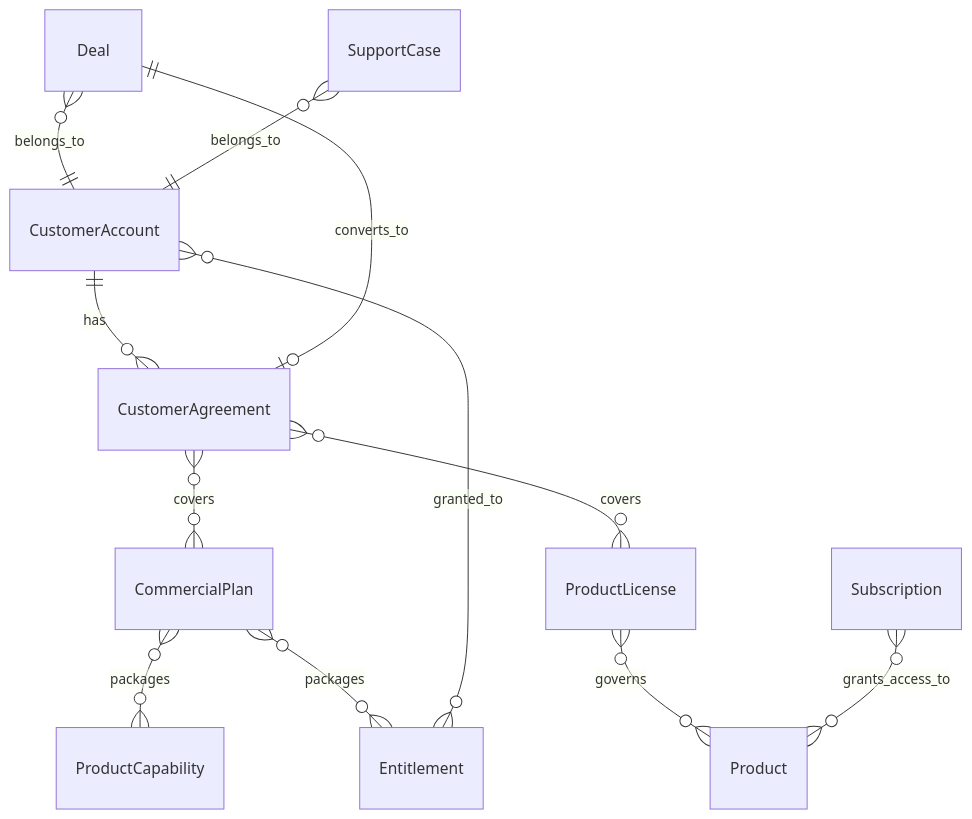
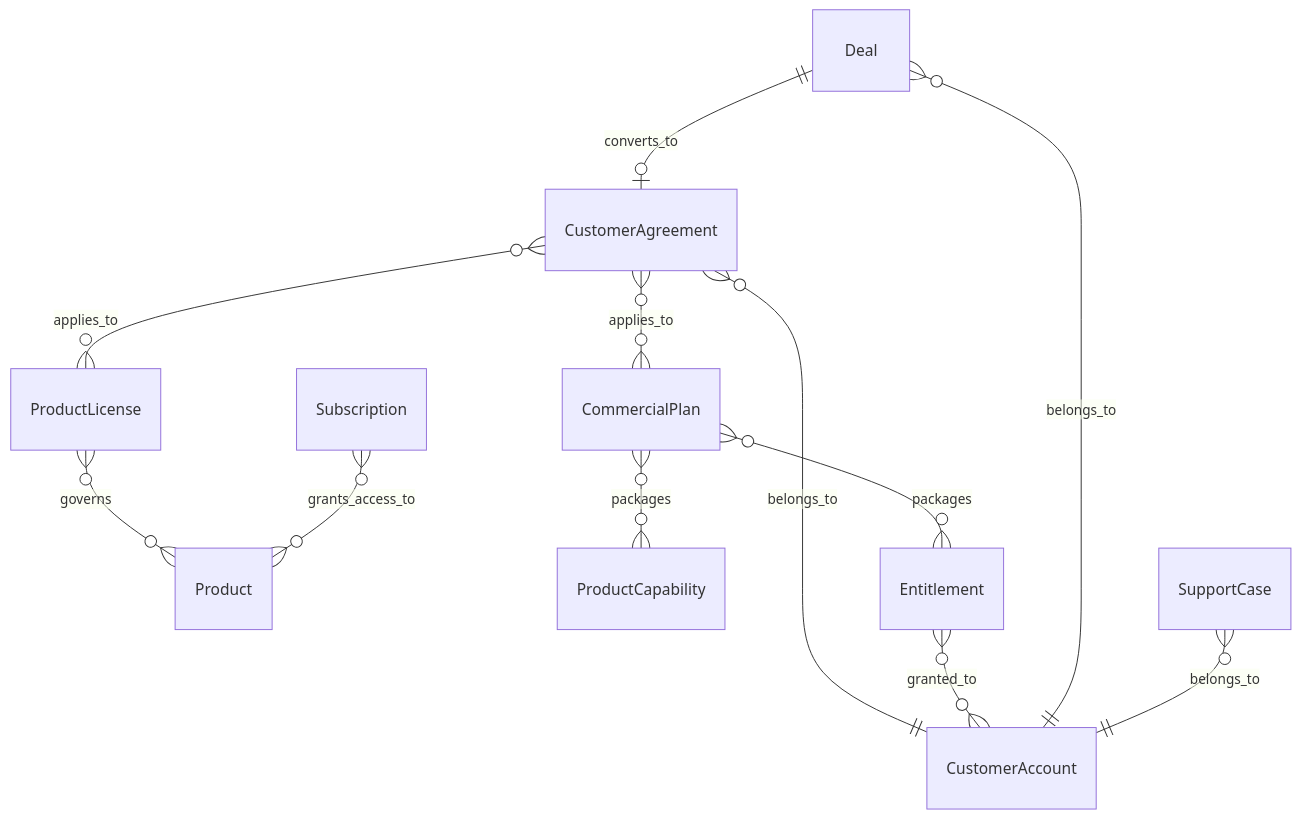
One commit to maxvydrin/vision changed the sixth of 12 diagrams in SOFTWARE_ORGANIZATION_DOMAIN_MODEL.md. Above: the diagram before and after it, drawn with Mermaid. The commit also changed other lines of this file and 3 other files, not shown here.

````diff
--- a/SOFTWARE_ORGANIZATION_DOMAIN_MODEL.md
+++ b/SOFTWARE_ORGANIZATION_DOMAIN_MODEL.md
@@ -375,14 +408,14 @@
 ```mermaid
 erDiagram
-    CustomerAccount ||--o{ CustomerAgreement : "has"
-    CustomerAgreement }o--o{ CommercialPlan : "covers"
-    CustomerAgreement }o--o{ ProductLicense : "covers"
+    CustomerAgreement }o--|| CustomerAccount : "belongs_to"
+    CustomerAgreement }o--o{ CommercialPlan : "applies_to"
+    CustomerAgreement }o--o{ ProductLicense : "applies_to"
     ProductLicense }o--o{ Product : "governs"
     CommercialPlan }o--o{ ProductCapability : "packages"
     CommercialPlan }o--o{ Entitlement : "packages"
     Entitlement }o--o{ CustomerAccount : "granted_to"
     Subscription }o--o{ Product : "grants_access_to"
     Deal }o--|| CustomerAccount : "belongs_to"
     Deal ||--o| CustomerAgreement : "converts_to"
     SupportCase }o--|| CustomerAccount : "belongs_to"
 ```
````
